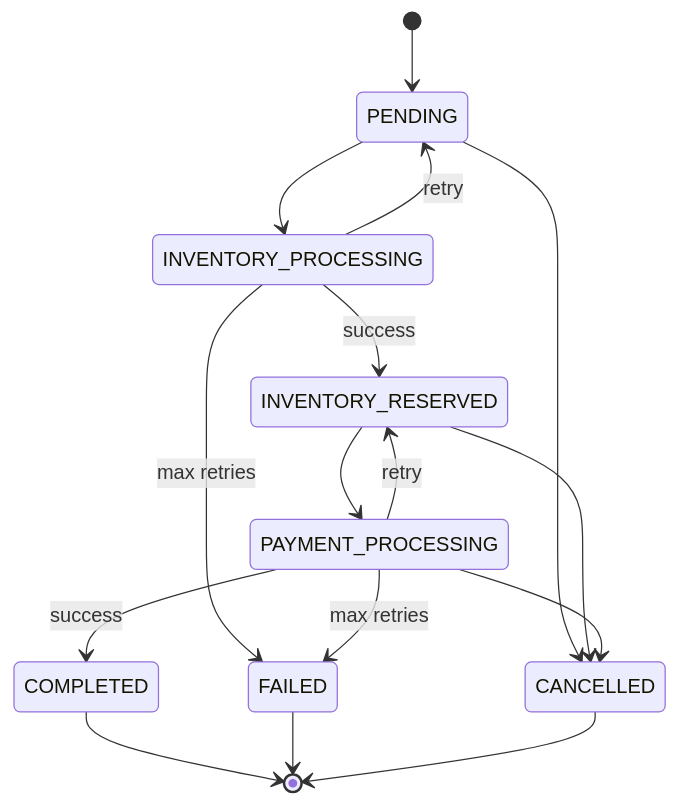
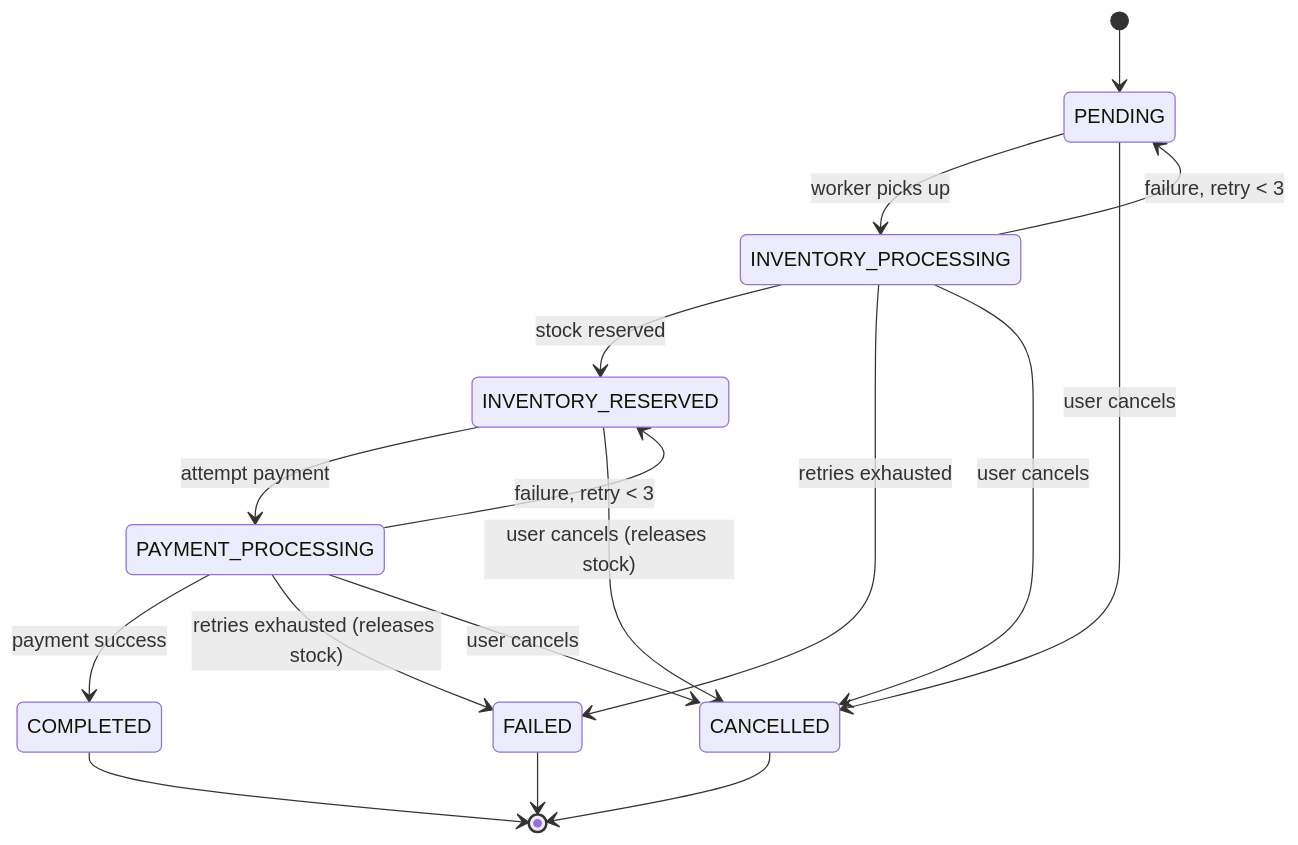
The second of 3 diagrams in DESIGN.md (Biswajit2595/flask-assignment), drawn with Mermaid before and after one commit. The commit also changed other lines of this file, not shown here.

````diff
--- a/DESIGN.md
+++ b/DESIGN.md
@@ -36,18 +53,25 @@
 ```mermaid
 stateDiagram-v2
     [*] --> PENDING
-    PENDING --> INVENTORY_PROCESSING
-    INVENTORY_PROCESSING --> INVENTORY_RESERVED: success
-    INVENTORY_PROCESSING --> PENDING: retry
-    INVENTORY_PROCESSING --> FAILED: max retries
-    INVENTORY_RESERVED --> PAYMENT_PROCESSING
-    PAYMENT_PROCESSING --> COMPLETED: success
-    PAYMENT_PROCESSING --> INVENTORY_RESERVED: retry
-    PAYMENT_PROCESSING --> FAILED: max retries
-    PENDING --> CANCELLED
-    INVENTORY_RESERVED --> CANCELLED
-    PAYMENT_PROCESSING --> CANCELLED
+
+    PENDING --> INVENTORY_PROCESSING : worker picks up
+
+    INVENTORY_PROCESSING --> INVENTORY_RESERVED : stock reserved
+    INVENTORY_PROCESSING --> PENDING : failure, retry < 3
+    INVENTORY_PROCESSING --> FAILED : retries exhausted
+
+    INVENTORY_RESERVED --> PAYMENT_PROCESSING : attempt payment
+
+    PAYMENT_PROCESSING --> COMPLETED : payment success
+    PAYMENT_PROCESSING --> INVENTORY_RESERVED : failure, retry < 3
+    PAYMENT_PROCESSING --> FAILED : retries exhausted (releases stock)
+
+    PENDING --> CANCELLED : user cancels
+    INVENTORY_PROCESSING --> CANCELLED : user cancels
+    INVENTORY_RESERVED --> CANCELLED : user cancels (releases stock)
+    PAYMENT_PROCESSING --> CANCELLED : user cancels
+
     COMPLETED --> [*]
     FAILED --> [*]
     CANCELLED --> [*]
 ```
````
